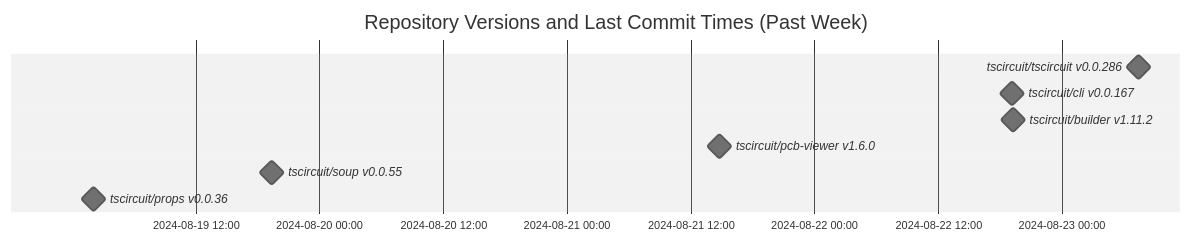
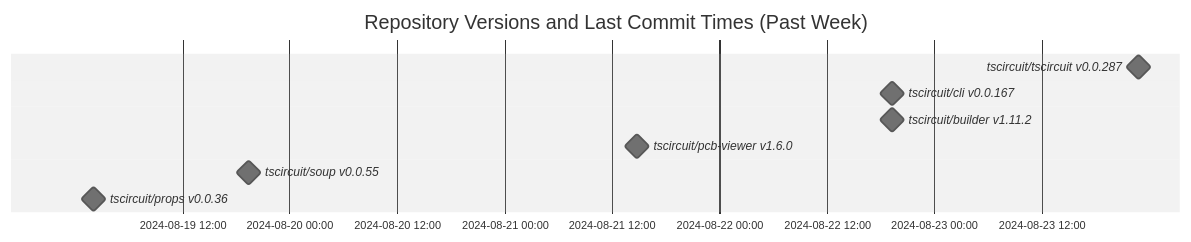
One commit to tscircuit/version-tracker changed the diagram in README.md. Above: the diagram before and after it, drawn with Mermaid (neutral theme).

Commit message:
Update chart

````diff
--- a/README.md
+++ b/README.md
@@ -1,13 +1,13 @@
 ```mermaid
 gantt
   dateFormat  YYYY-MM-DD HH:mm:ss
   title Repository Versions and Last Commit Times (Past Week)
   axisFormat %Y-%m-%d %H:%M
 
-  tscircuit/tscircuit v0.0.286 : milestone, 2024-08-23 07:26:54, 1s
+  tscircuit/tscircuit v0.0.287 : milestone, 2024-08-23 22:47:32, 1s
   tscircuit/cli v0.0.167 : milestone, 2024-08-22 19:13:45, 1s
   tscircuit/builder v1.11.2 : milestone, 2024-08-22 19:17:19, 1s
   tscircuit/pcb-viewer v1.6.0 : milestone, 2024-08-21 14:48:25, 1s
   tscircuit/soup v0.0.55 : milestone, 2024-08-19 19:22:24, 1s
   tscircuit/props v0.0.36 : milestone, 2024-08-19 02:05:19, 1s
 ```
````
